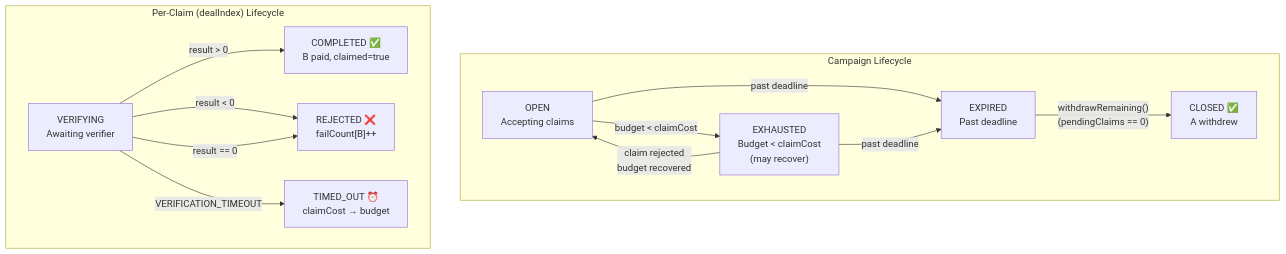
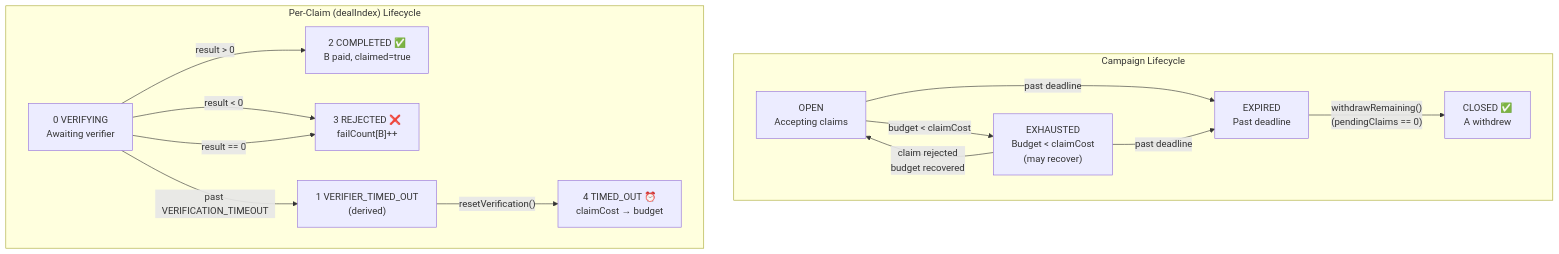
One commit to synctxai/synctx changed the second of 5 diagrams in examples/x-follow/x-follow-design.md. Above: the diagram before and after it, drawn with Mermaid. The commit also changed other lines of this file and 1 other file, not shown here.

````diff
--- a/examples/x-follow/x-follow-design.md
+++ b/examples/x-follow/x-follow-design.md
@@ -250,27 +295,29 @@
 ```mermaid
 flowchart TD
     subgraph "Campaign Lifecycle"
         OPEN["OPEN<br/>Accepting claims"]
         EXHAUSTED["EXHAUSTED<br/>Budget < claimCost<br/>(may recover)"]
         EXPIRED["EXPIRED<br/>Past deadline"]
         CLOSED["CLOSED ✅<br/>A withdrew"]
 
         OPEN -->|"budget < claimCost"| EXHAUSTED
         OPEN -->|"past deadline"| EXPIRED
         EXHAUSTED -->|"claim rejected<br/>budget recovered"| OPEN
         EXHAUSTED -->|"past deadline"| EXPIRED
         EXPIRED -->|"withdrawRemaining()<br/>(pendingClaims == 0)"| CLOSED
     end
 
     subgraph "Per-Claim (dealIndex) Lifecycle"
-        VERIFYING["VERIFYING<br/>Awaiting verifier"]
-        COMPLETED["COMPLETED ✅<br/>B paid, claimed=true"]
-        REJECTED["REJECTED ❌<br/>failCount[B]++"]
-        CLAIM_TIMEOUT["TIMED_OUT ⏰<br/>claimCost → budget"]
+        VERIFYING["0 VERIFYING<br/>Awaiting verifier"]
+        VERIFIER_TIMED_OUT["1 VERIFIER_TIMED_OUT<br/>(derived)"]
+        COMPLETED["2 COMPLETED ✅<br/>B paid, claimed=true"]
+        REJECTED["3 REJECTED ❌<br/>failCount[B]++"]
+        CLAIM_TIMEOUT["4 TIMED_OUT ⏰<br/>claimCost → budget"]
 
         VERIFYING -->|"result > 0"| COMPLETED
         VERIFYING -->|"result < 0"| REJECTED
         VERIFYING -->|"result == 0"| REJECTED
-        VERIFYING -->|"VERIFICATION_TIMEOUT"| CLAIM_TIMEOUT
+        VERIFYING -->|"past VERIFICATION_TIMEOUT"| VERIFIER_TIMED_OUT
+        VERIFIER_TIMED_OUT -->|"resetVerification()"| CLAIM_TIMEOUT
     end
 ```
````
